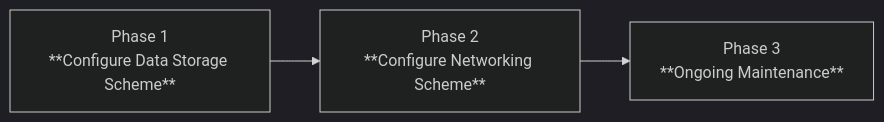
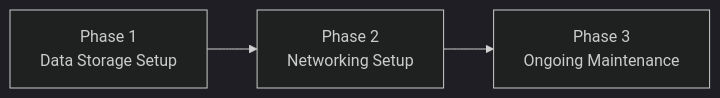
Before and after one commit to seanli1/datahelp.strayframes.com: the diagram in src/site/notes/2. Pricing/2.1 Data and Networking Services.md, drawn with Mermaid (dark theme). The commit also changed other lines of this file and 1 other file, not shown here.

````diff
--- a/src/site/notes/2. Pricing/2.1 Data and Networking Services.md
+++ b/src/site/notes/2. Pricing/2.1 Data and Networking Services.md
@@ -5,12 +5,12 @@
 ```mermaid
 flowchart LR
 
 a["Phase 1
-**Configure Data Storage Scheme**"]
+Data Storage Setup"]
 
 --> b["Phase 2
-**Configure Networking Scheme**"]
+Networking Setup"]
 
 --> c["Phase 3
-**Ongoing Maintenance**"]
+Ongoing Maintenance"]
 ```
````
